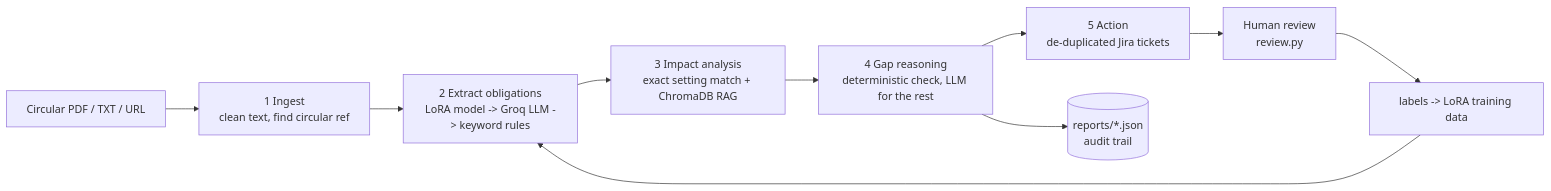
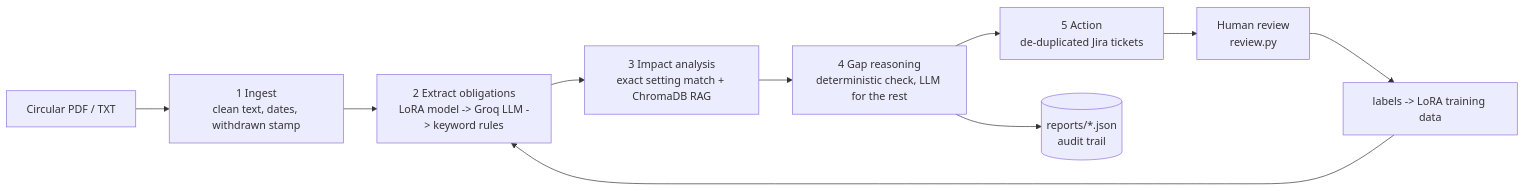
One commit to Ajitesh1234/RegDrift changed the diagram in README.md. Above: the diagram before and after it, drawn with Mermaid. The commit also changed other lines of this file, not shown here.

````diff
--- a/README.md
+++ b/README.md
@@ -32,12 +114,12 @@
 ```mermaid
 flowchart LR
-    A[Circular PDF / TXT / URL] --> B[1 Ingest<br/>clean text, find circular ref]
+    A[Circular PDF / TXT] --> B[1 Ingest<br/>clean text, dates, withdrawn stamp]
     B --> C[2 Extract obligations<br/>LoRA model -> Groq LLM -> keyword rules]
     C --> D[3 Impact analysis<br/>exact setting match + ChromaDB RAG]
     D --> E[4 Gap reasoning<br/>deterministic check, LLM for the rest]
     E --> F[5 Action<br/>de-duplicated Jira tickets]
     E --> G[(reports/*.json<br/>audit trail)]
     F --> H[Human review<br/>review.py]
     H --> I[labels -> LoRA training data]
     I --> C
 ```
````
